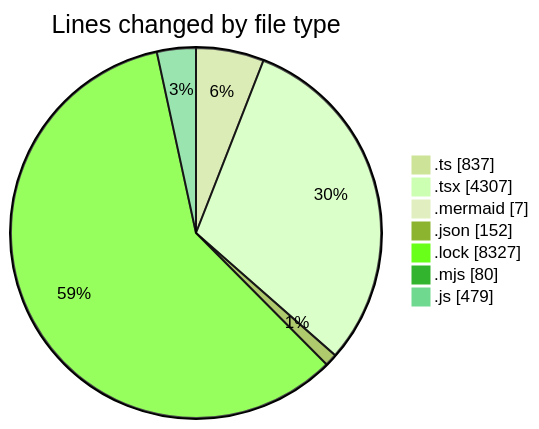
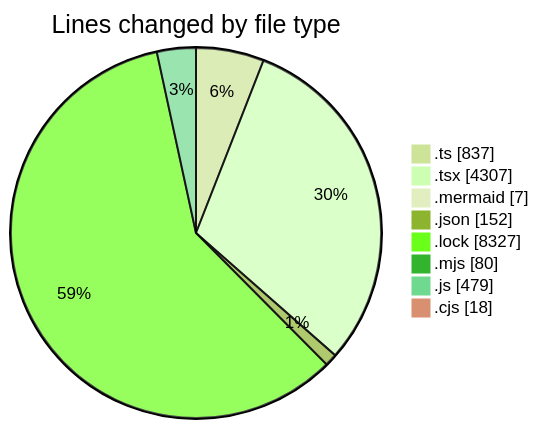
The first of 2 diagrams in 2026-09-08/cda/README.md (momahboobian/code-tracking), drawn with Mermaid (forest theme) before and after one commit. The commit also changed other lines of this file and 1 other file, not shown here.

````diff
--- a/2026-09-08/cda/README.md
+++ b/2026-09-08/cda/README.md
@@ -50,11 +51,12 @@
 ```mermaid
 pie showData
 title Lines changed by file type
 ".ts" : 837
 ".tsx" : 4307
 ".mermaid" : 7
 ".json" : 152
 ".lock" : 8327
 ".mjs" : 80
 ".js" : 479
+".cjs" : 18
 ```
````
